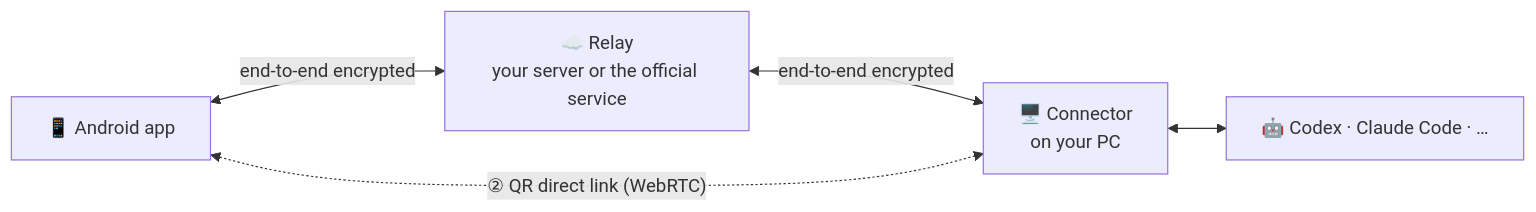
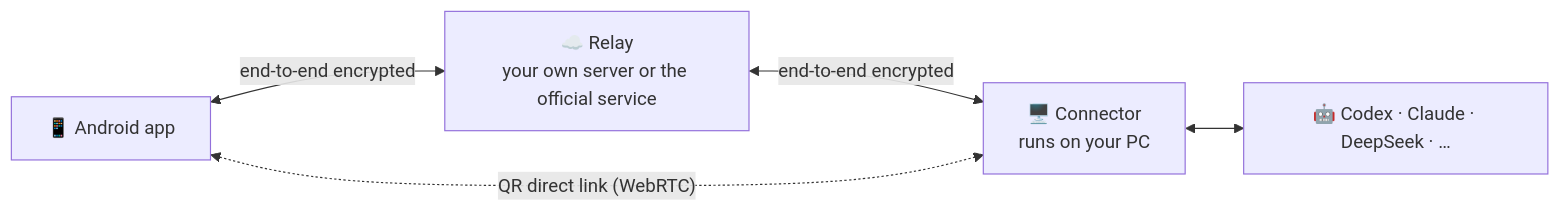
The diagram in README.en.md (khscience/khlink), drawn with Mermaid before and after one commit. The commit also changed other lines of this file and 36 other files, not shown here.

Commit message:
khLink: sync to Android 0.1.333 / desktop 0.1.50 / connector 0.2.154; new README

````diff
--- a/README.en.md
+++ b/README.en.md
@@ -179,7 +165,7 @@
 ```mermaid
 flowchart LR
-    phone["📱 Android app"] <-->|"end-to-end encrypted"| relay["☁️ Relay<br/>your server or the official service"]
-    relay <-->|"end-to-end encrypted"| pc["🖥️ Connector<br/>on your PC"]
-    phone <-.->|"② QR direct link (WebRTC)"| pc
-    pc <--> agents["🤖 Codex · Claude Code · …"]
+    phone["📱 Android app"] <-->|"end-to-end encrypted"| relay["☁️ Relay<br/>your own server or the official service"]
+    relay <-->|"end-to-end encrypted"| pc["🖥️ Connector<br/>runs on your PC"]
+    phone <-.->|"QR direct link (WebRTC)"| pc
+    pc <--> agents["🤖 Codex · Claude · DeepSeek · …"]
 ```
````
